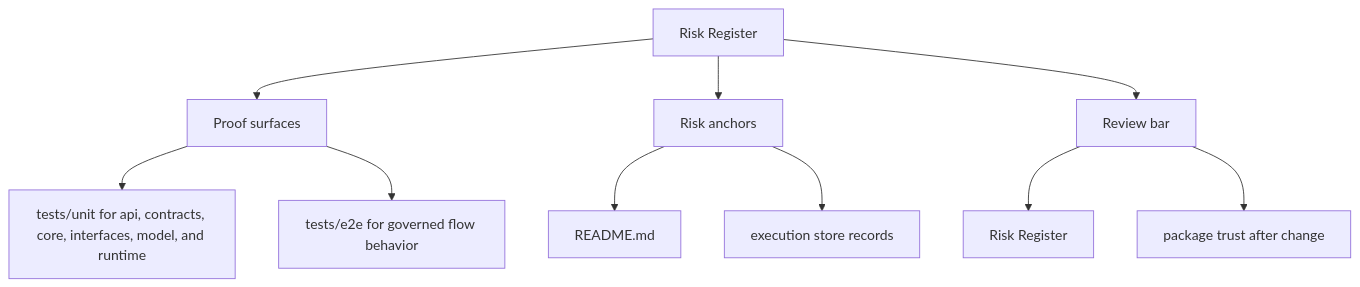
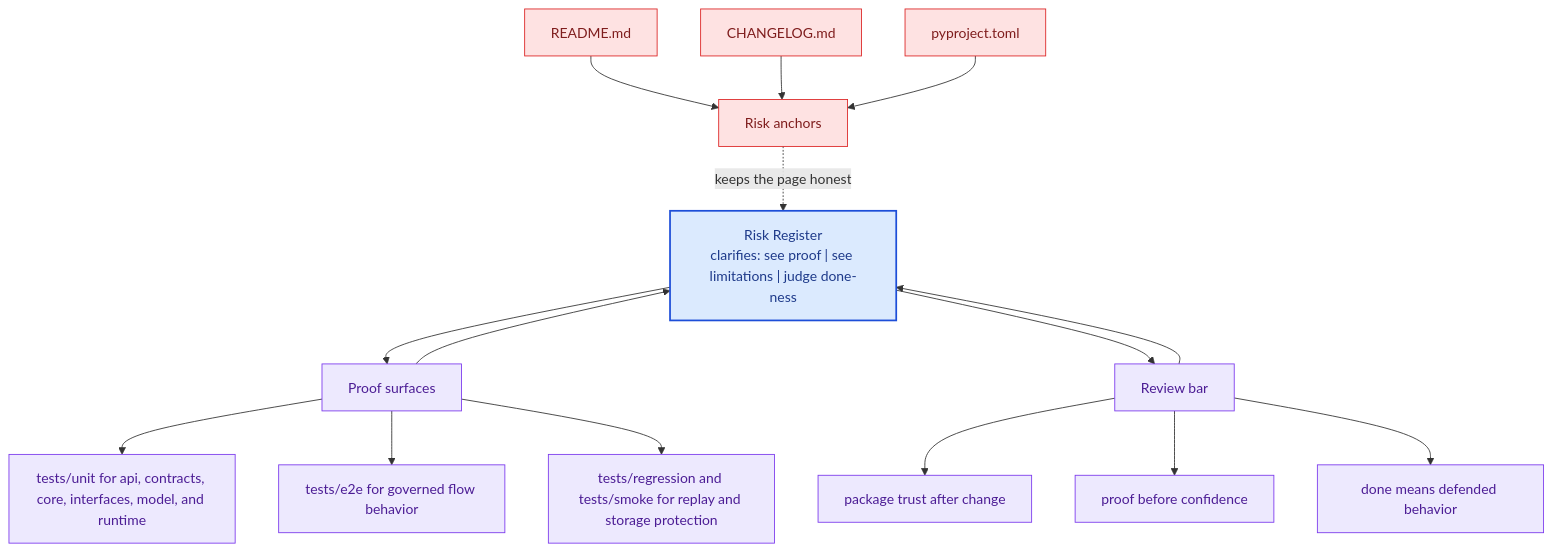
Before and after one commit to bijux/bijux-canon: the second of 2 diagrams in docs/bijux-canon-runtime/quality/risk-register.md, drawn with Mermaid. The commit also changed other lines of this file and 281 other files, not shown here.

Commit message:
docs(diagrams): deepen handbook mermaid maps across the catalog

````diff
--- a/docs/bijux-canon-runtime/quality/risk-register.md
+++ b/docs/bijux-canon-runtime/quality/risk-register.md
@@ -35,22 +68,41 @@
 ```mermaid
-flowchart TD
-    page["Risk Register"]
+flowchart TB
+    promise["Risk Register<br/>clarifies: see proof | see limitations | judge done-ness"]
+    classDef promise fill:#dbeafe,stroke:#1d4ed8,color:#1e3a8a,stroke-width:2px;
+    classDef driver fill:#dcfce7,stroke:#16a34a,color:#14532d;
+    classDef constraint fill:#fee2e2,stroke:#dc2626,color:#7f1d1d;
+    classDef ground fill:#ede9fe,stroke:#7c3aed,color:#4c1d95;
     focus1["Proof surfaces"]
-    page --> focus1
+    focus1 --> promise
+    promise --> focus1
     focus1_1["tests/unit for api, contracts, core, interfaces, model, and runtime"]
     focus1 --> focus1_1
     focus1_2["tests/e2e for governed flow behavior"]
     focus1 --> focus1_2
+    focus1_3["tests/regression and tests/smoke for replay and storage protection"]
+    focus1 --> focus1_3
+    class focus1 ground;
+    class focus1_1,focus1_2,focus1_3 ground;
     focus2["Risk anchors"]
-    page --> focus2
+    focus2 -.keeps the page honest.-> promise
     focus2_1["README.md"]
-    focus2 --> focus2_1
-    focus2_2["execution store records"]
-    focus2 --> focus2_2
+    focus2_1 --> focus2
+    focus2_2["CHANGELOG.md"]
+    focus2_2 --> focus2
+    focus2_3["pyproject.toml"]
+    focus2_3 --> focus2
+    class focus2 constraint;
+    class focus2_1,focus2_2,focus2_3 constraint;
     focus3["Review bar"]
-    page --> focus3
-    focus3_1["Risk Register"]
+    focus3 --> promise
+    promise --> focus3
+    focus3_1["package trust after change"]
     focus3 --> focus3_1
-    focus3_2["package trust after change"]
+    focus3_2["proof before confidence"]
     focus3 --> focus3_2
+    focus3_3["done means defended behavior"]
+    focus3 --> focus3_3
+    class focus3 ground;
+    class focus3_1,focus3_2,focus3_3 ground;
+    class promise promise;
 ```
````
